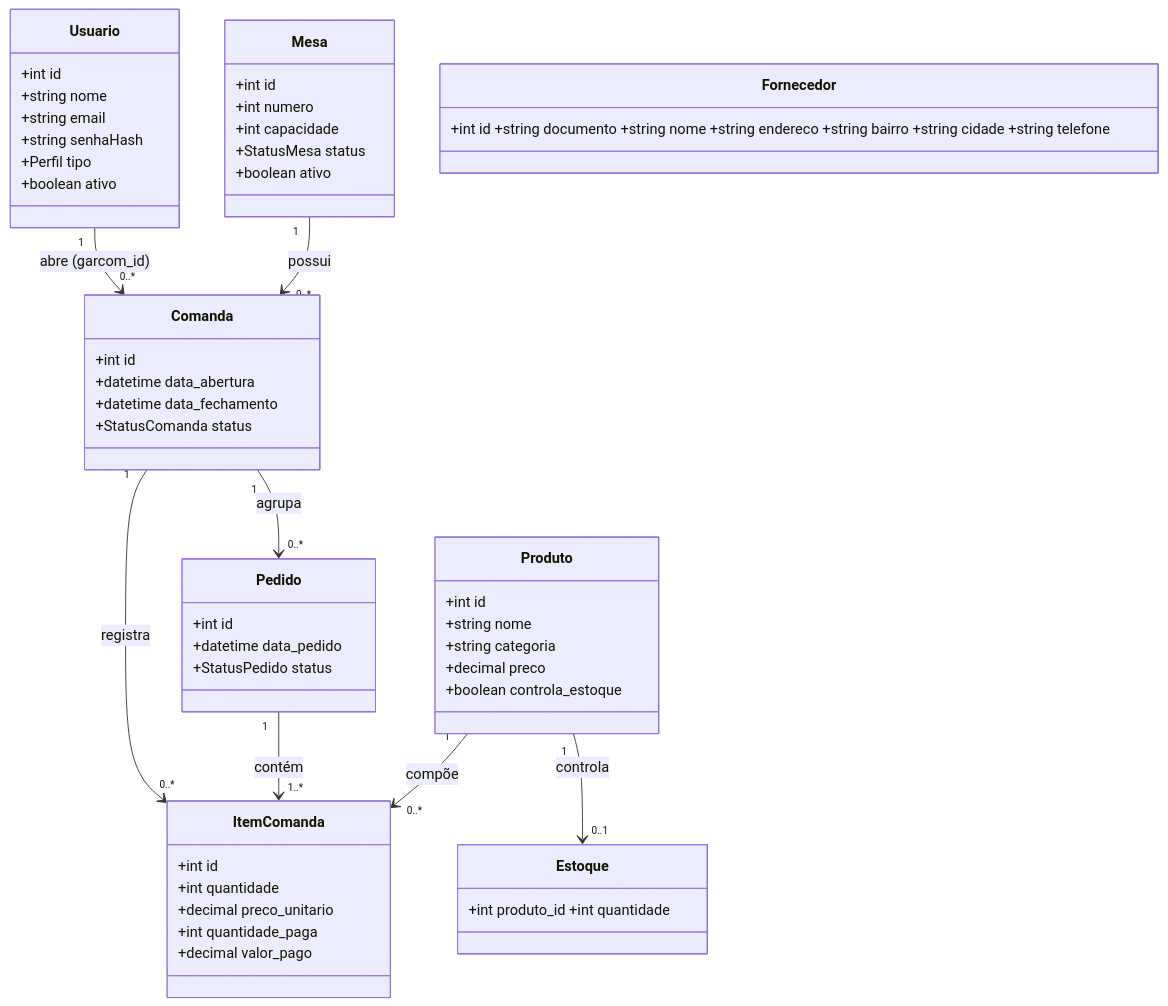
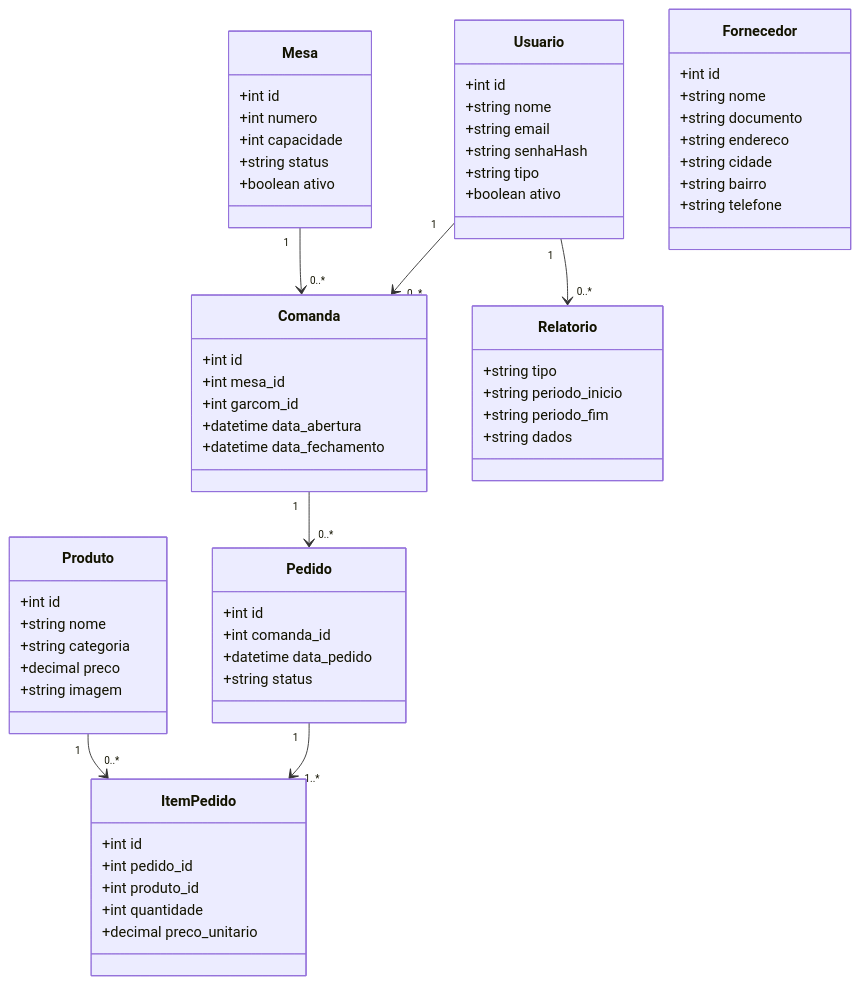
Before and after one commit to FelpsAfonsoJS/DonCabron: the second of 5 diagrams in README.md, drawn with Mermaid. The commit also changed other lines of this file and 17 other files, not shown here.

````diff
--- a/README.md
+++ b/README.md
@@ -109,53 +246,74 @@
 ```mermaid
 classDiagram
     class Usuario {
         +int id
         +string nome
         +string email
         +string senhaHash
-        +Perfil tipo
+        +string tipo
         +boolean ativo
     }
+
     class Mesa {
         +int id
         +int numero
         +int capacidade
-        +StatusMesa status
+        +string status
         +boolean ativo
     }
+
     class Comanda {
         +int id
+        +int mesa_id
+        +int garcom_id
         +datetime data_abertura
         +datetime data_fechamento
-        +StatusComanda status
     }
+
     class Pedido {
         +int id
+        +int comanda_id
         +datetime data_pedido
-        +StatusPedido status
+        +string status
     }
-    class ItemComanda {
+
+    class ItemPedido {
         +int id
+        +int pedido_id
+        +int produto_id
         +int quantidade
         +decimal preco_unitario
-        +int quantidade_paga
-        +decimal valor_pago
     }
+
     class Produto {
         +int id
         +string nome
         +string categoria
         +decimal preco
-        +boolean controla_estoque
+        +string imagem
     }
-    class Estoque { +int produto_id +int quantidade }
-    class Fornecedor { +int id +string documento +string nome +string endereco +string bairro +string cidade +string telefone }
 
-    Usuario "1" --> "0..*" Comanda : abre (garcom_id)
-    Mesa "1" --> "0..*" Comanda : possui
-    Comanda "1" --> "0..*" Pedido : agrupa
-    Comanda "1" --> "0..*" ItemComanda : registra
-    Pedido "1" --> "1..*" ItemComanda : contém
-    Produto "1" --> "0..*" ItemComanda : compõe
-    Produto "1" --> "0..1" Estoque : controla
+    class Fornecedor {
+        +int id
+        +string nome
+        +string documento
+        +string endereco
+        +string cidade
+        +string bairro
+        +string telefone
+    }
+
+    class Relatorio {
+        +string tipo
+        +string periodo_inicio
+        +string periodo_fim
+        +string dados
+    }
+
+    Usuario "1" --> "0..*" Comanda
+    Mesa "1" --> "0..*" Comanda
+    Comanda "1" --> "0..*" Pedido
+    Pedido "1" --> "1..*" ItemPedido
+    Produto "1" --> "0..*" ItemPedido
+    Usuario "1" --> "0..*" Relatorio
 ```
````
